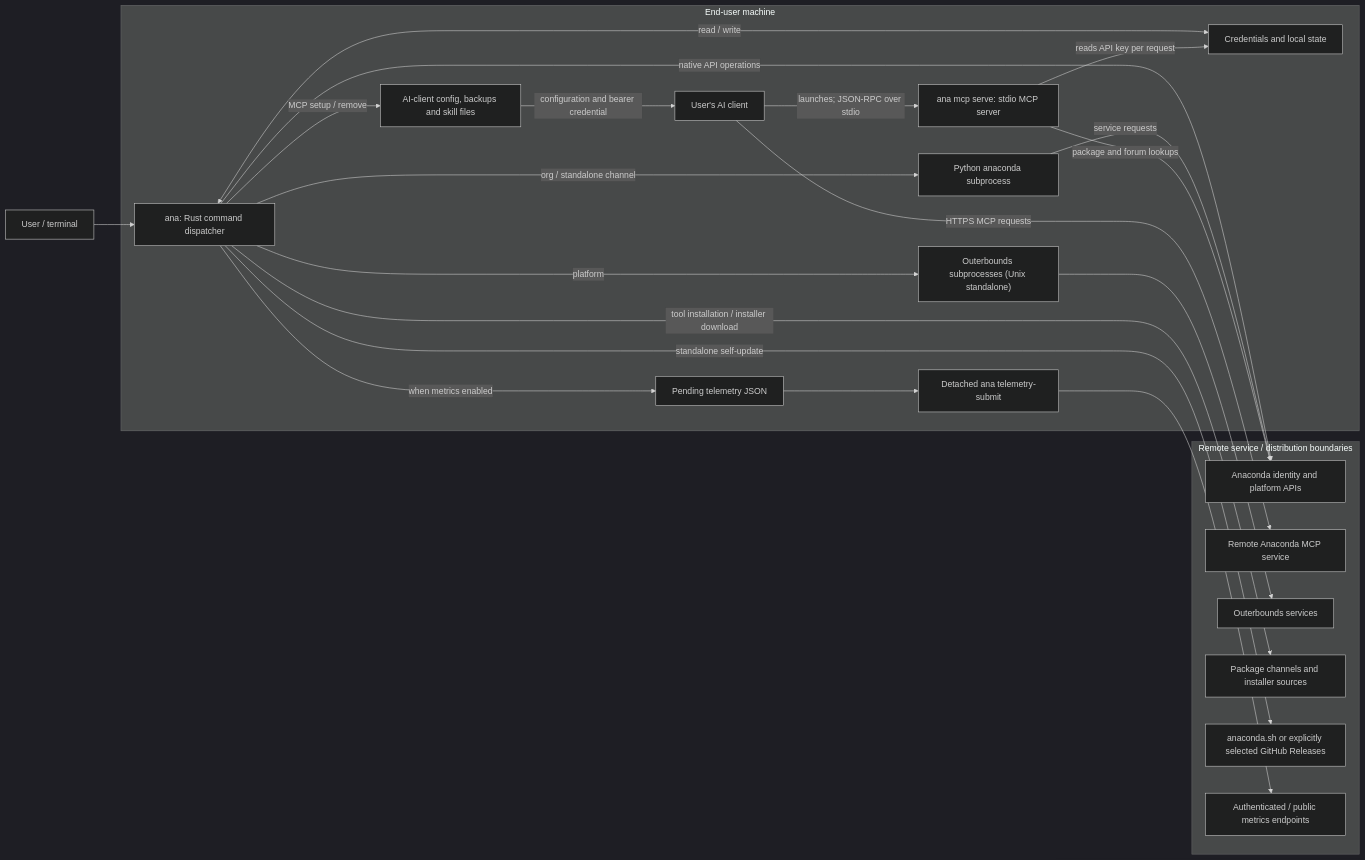
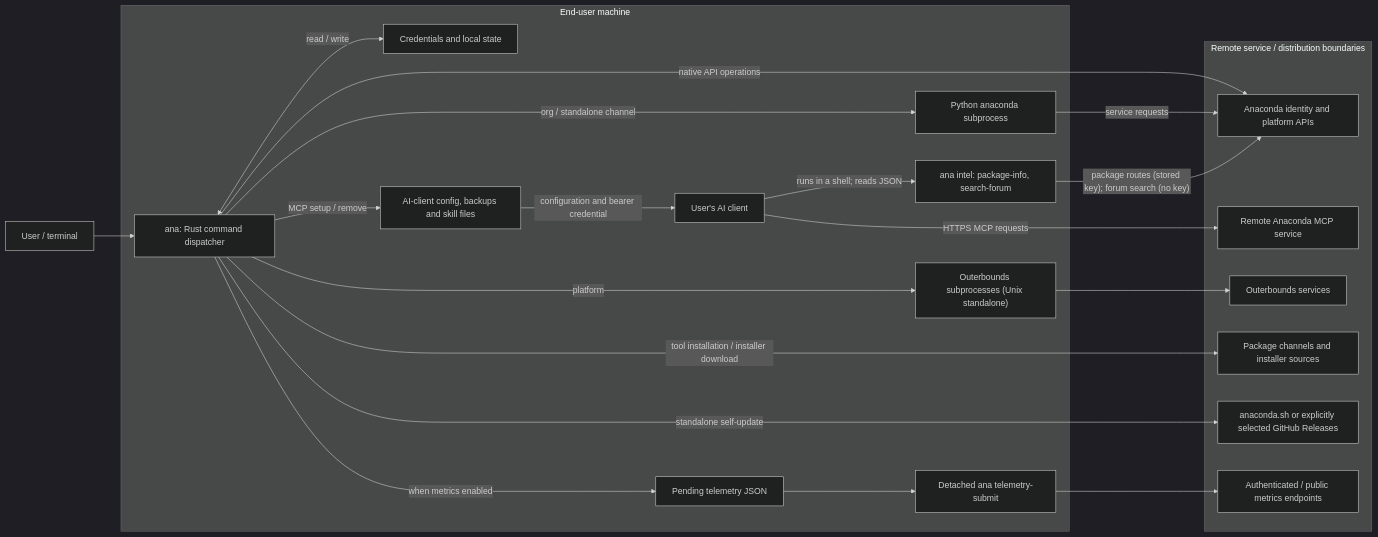
Before and after one commit to anaconda/anaconda-cli: the first of 5 diagrams in docs/architecture.md, drawn with Mermaid (dark theme). The commit also changed other lines of this file and 25 other files, not shown here.

First line of the commit message:
feat: Replace ana mcp serve with ana intel commands

````diff
--- a/docs/architecture.md
+++ b/docs/architecture.md
@@ -19,41 +19,40 @@
 ```mermaid
 flowchart LR
     USER["User / terminal"]
     subgraph HOST["End-user machine"]
         ANA["ana: Rust command dispatcher"]
         STATE["Credentials and local state"]
         PY["Python anaconda subprocess"]
         OB["Outerbounds subprocesses (Unix standalone)"]
         AICFG["AI-client config, backups and skill files"]
         AICLIENT["User's AI client"]
-        SERVE["ana mcp serve: stdio MCP server"]
+        INTEL["ana intel: package-info, search-forum"]
         SPOOL["Pending telemetry JSON"]
         SUBMIT["Detached ana telemetry-submit"]
     end
     subgraph SERVICES["Remote service / distribution boundaries"]
         API["Anaconda identity and platform APIs"]
         MCP["Remote Anaconda MCP service"]
         OBAPI["Outerbounds services"]
         PKGS["Package channels and installer sources"]
         RELEASES["anaconda.sh or explicitly selected GitHub Releases"]
         METRICS["Authenticated / public metrics endpoints"]
     end
     USER --> ANA
     ANA <-->|"read / write"| STATE
     ANA -->|"native API operations"| API
     ANA -->|"org / standalone channel"| PY
     PY -->|"service requests"| API
     ANA -->|"platform"| OB
     OB --> OBAPI
     ANA -->|"tool installation / installer download"| PKGS
     ANA -->|"standalone self-update"| RELEASES
     ANA -->|"MCP setup / remove"| AICFG
     AICFG -->|"configuration and bearer credential"| AICLIENT
     AICLIENT -->|"HTTPS MCP requests"| MCP
-    AICLIENT -->|"launches; JSON-RPC over stdio"| SERVE
-    SERVE -->|"reads API key per request"| STATE
-    SERVE -->|"package and forum lookups"| API
+    AICLIENT -->|"runs in a shell; reads JSON"| INTEL
+    INTEL -->|"package routes (stored key); forum search (no key)"| API
     ANA -->|"when metrics enabled"| SPOOL
     SPOOL --> SUBMIT
     SUBMIT --> METRICS
 ```
````
